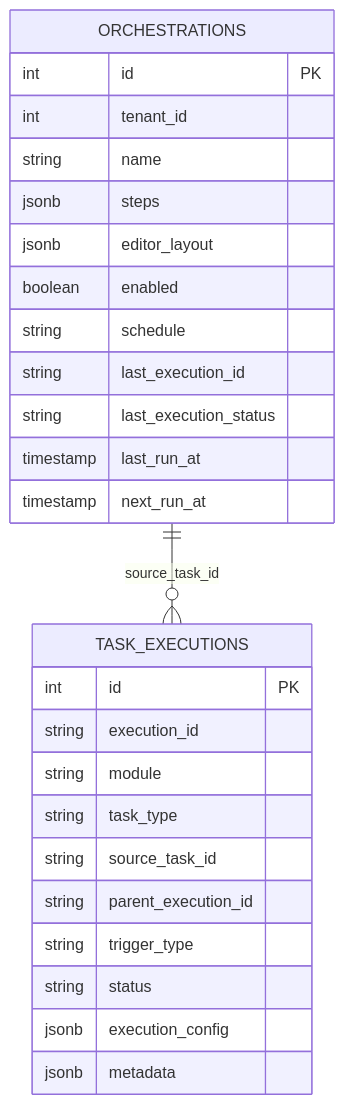
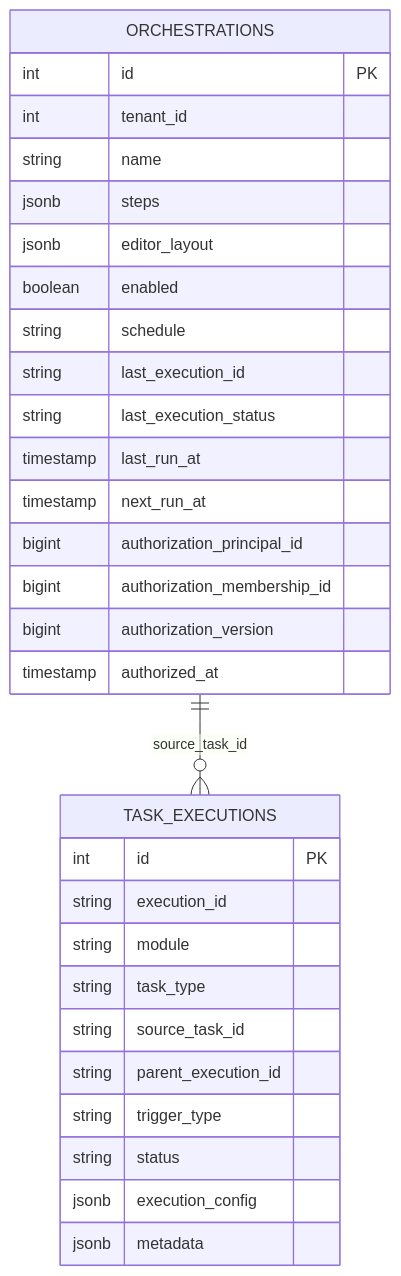
Before and after one commit to pampa0629/addp: the diagram in orchestrator/docs/数据库架构.md, drawn with Mermaid. The commit also changed other lines of this file and 583 other files, not shown here.

````diff
--- a/orchestrator/docs/数据库架构.md
+++ b/orchestrator/docs/数据库架构.md
@@ -20,29 +20,33 @@
 ```mermaid
 erDiagram
     ORCHESTRATIONS ||--o{ TASK_EXECUTIONS : "source_task_id"
     ORCHESTRATIONS {
         int id PK
         int tenant_id
         string name
         jsonb steps
         jsonb editor_layout
         boolean enabled
         string schedule
         string last_execution_id
         string last_execution_status
         timestamp last_run_at
         timestamp next_run_at
+        bigint authorization_principal_id
+        bigint authorization_membership_id
+        bigint authorization_version
+        timestamp authorized_at
     }
     TASK_EXECUTIONS {
         int id PK
         string execution_id
         string module
         string task_type
         string source_task_id
         string parent_execution_id
         string trigger_type
         string status
         jsonb execution_config
         jsonb metadata
     }
 ```
````
